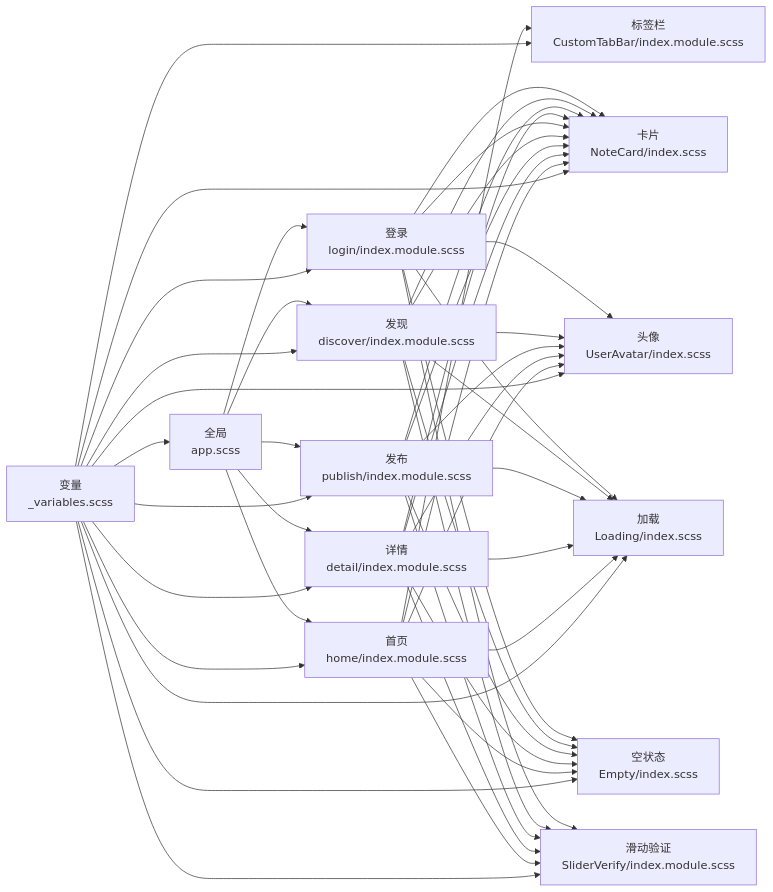
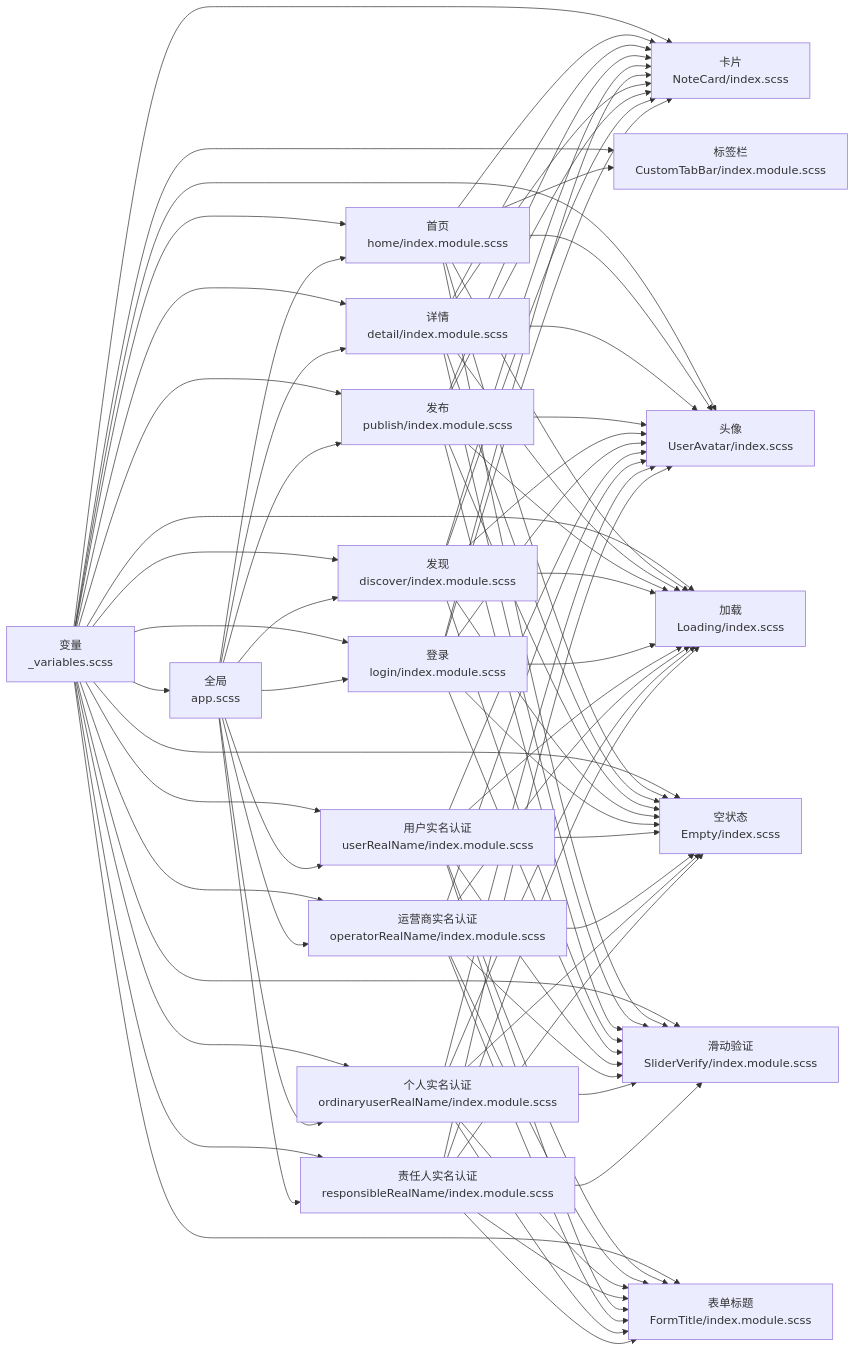
One commit to zuolinbao/redbook changed diagram 12 of 12 in .qoder/repowiki/zh/content/样式系统/组件样式实现.md. Above: the diagram before and after it, drawn with Mermaid. The commit also changed other lines of this file and 4 other files, not shown here.

Commit message:
feat: 将userRealName和ordinaryuserRealName页面的Field label改为图标形式

````diff
--- a/.qoder/repowiki/zh/content/样式系统/组件样式实现.md
+++ b/.qoder/repowiki/zh/content/样式系统/组件样式实现.md
@@ -453,45 +597,78 @@
 V --> PPublish["发布<br/>publish/index.module.scss"]
 V --> PDiscover["发现<br/>discover/index.module.scss"]
 V --> PLogin["登录<br/>login/index.module.scss"]
+V --> PUserRealName["用户实名认证<br/>userRealName/index.module.scss"]
+V --> POperatorRealName["运营商实名认证<br/>operatorRealName/index.module.scss"]
+V --> POrdinaryRealName["个人实名认证<br/>ordinaryuserRealName/index.module.scss"]
+V --> PResponsibleRealName["责任人实名认证<br/>responsibleRealName/index.module.scss"]
 V --> CTab["标签栏<br/>CustomTabBar/index.module.scss"]
 V --> CNote["卡片<br/>NoteCard/index.scss"]
 V --> CAvatar["头像<br/>UserAvatar/index.scss"]
 V --> CLoading["加载<br/>Loading/index.scss"]
 V --> CEmpty["空状态<br/>Empty/index.scss"]
 V --> CSlider["滑动验证<br/>SliderVerify/index.module.scss"]
+V --> CFormTitle["表单标题<br/>FormTitle/index.module.scss"]
 A --> PHome
 A --> PDetail
 A --> PPublish
 A --> PDiscover
 A --> PLogin
+A --> PUserRealName
+A --> POperatorRealName
+A --> POrdinaryRealName
+A --> PResponsibleRealName
 PHome --> CNote
 PDetail --> CNote
 PPublish --> CNote
 PDiscover --> CNote
 PLogin --> CNote
+PUserRealName --> CFormTitle
+POperatorRealName --> CFormTitle
+POrdinaryRealName --> CFormTitle
+PResponsibleRealName --> CFormTitle
 PHome --> CTab
 PDetail --> CNote
 PPublish --> CNote
 PDiscover --> CNote
 PLogin --> CNote
+PUserRealName --> CFormTitle
+POperatorRealName --> CFormTitle
+POrdinaryRealName --> CFormTitle
+PResponsibleRealName --> CFormTitle
 PHome --> CAvatar
 PDetail --> CAvatar
 PPublish --> CAvatar
 PDiscover --> CAvatar
 PLogin --> CAvatar
+PUserRealName --> CAvatar
+POperatorRealName --> CAvatar
+POrdinaryRealName --> CAvatar
+PResponsibleRealName --> CAvatar
 PHome --> CLoading
 PDetail --> CLoading
 PPublish --> CLoading
 PDiscover --> CLoading
 PLogin --> CLoading
+PUserRealName --> CLoading
+POperatorRealName --> CLoading
+POrdinaryRealName --> CLoading
+PResponsibleRealName --> CLoading
 PHome --> CEmpty
 PDetail --> CEmpty
 PPublish --> CEmpty
 PDiscover --> CEmpty
 PLogin --> CEmpty
+PUserRealName --> CEmpty
+POperatorRealName --> CEmpty
+POrdinaryRealName --> CEmpty
+PResponsibleRealName --> CEmpty
 PHome --> CSlider
 PDetail --> CSlider
 PPublish --> CSlider
 PDiscover --> CSlider
 PLogin --> CSlider
+PUserRealName --> CSlider
+POperatorRealName --> CSlider
+POrdinaryRealName --> CSlider
+PResponsibleRealName --> CSlider
 ```
````
